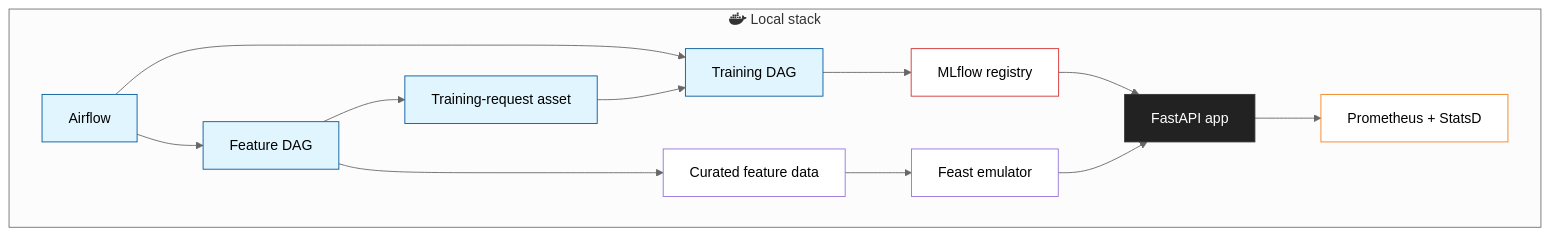
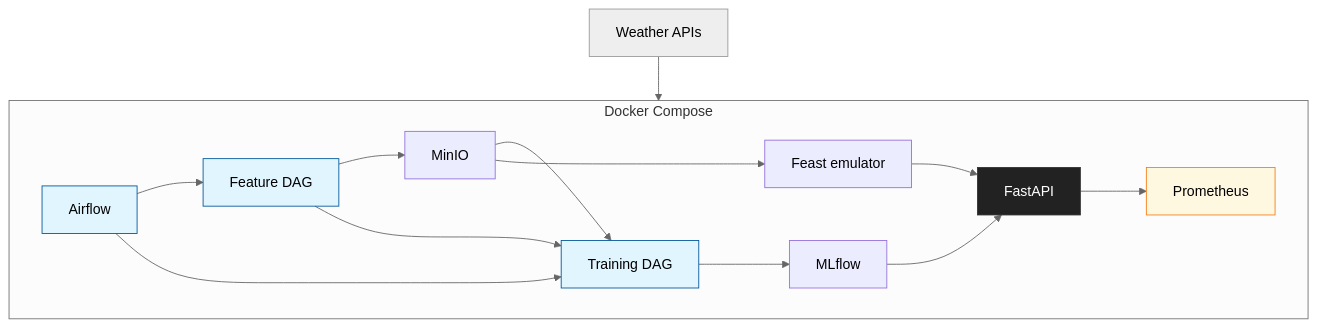
Before and after one commit to javihslu/foehncast: the diagram in docs/site/system/local-evaluator.md, drawn with Mermaid (neutral theme). The commit also changed other lines of this file and 12 other files, not shown here.

```diff
--- a/docs/site/system/local-evaluator.md
+++ b/docs/site/system/local-evaluator.md
@@ -15,32 +24,33 @@
 <div class="mermaid">
 flowchart TD
     classDef pipeline fill:#e1f5fe,stroke:#01579b
-    classDef registry fill:#fff,stroke:#d32f2f
+    classDef storage fill:#ececff,stroke:#9370db
     classDef app fill:#222,stroke:#333,color:#fff
-    classDef storage fill:#fff,stroke:#9370db
-    classDef monitor fill:#fff,stroke:#f57f17
+    classDef monitor fill:#fff8e1,stroke:#f57f17
 
-    subgraph LocalStack ["fab:fa-docker Local stack"]
+    EXT["Weather APIs"]
+
+    subgraph Stack ["Docker Compose"]
         direction LR
         AIR["Airflow"]:::pipeline
         FEAT["Feature DAG"]:::pipeline
-        CUR["Curated feature data"]:::storage
-        REQ["Training-request asset"]:::pipeline
+        MIN["MinIO"]:::storage
         TRN["Training DAG"]:::pipeline
-        REG["MLflow registry"]:::registry
+        MLF["MLflow"]:::storage
         FEAST["Feast emulator"]:::storage
-        APP["FastAPI app"]:::app
-        MON["Prometheus + StatsD"]:::monitor
+        APP["FastAPI"]:::app
+        MON["Prometheus"]:::monitor
     end
 
+    EXT --> FEAT
     AIR --> FEAT
     AIR --> TRN
-    FEAT --> CUR
-    FEAT --> REQ
-    CUR --> FEAST
-    REQ --> TRN
-    TRN --> REG
-    REG --> APP
+    FEAT --> MIN
+    FEAT --> TRN
+    MIN --> TRN
+    TRN --> MLF
+    MIN --> FEAST
     FEAST --> APP
+    MLF --> APP
     APP --> MON
 </div>
```
